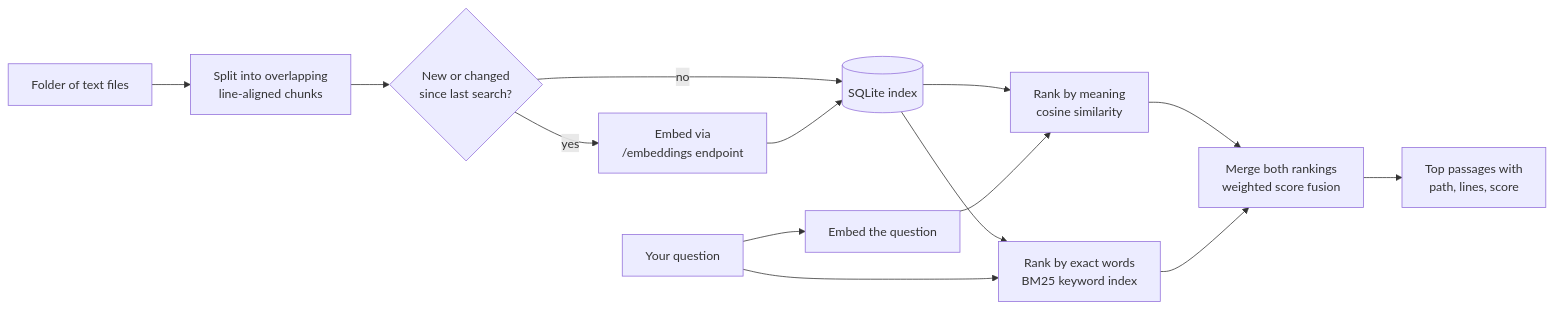
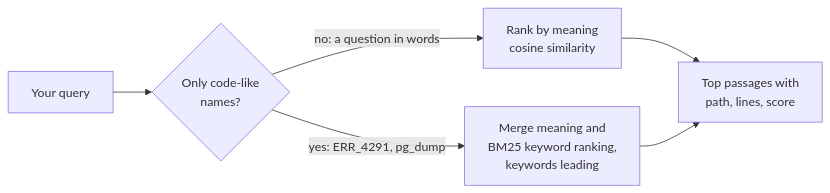
Before and after one commit to Shizoqua/hermes-scout: the diagram in docs/how-it-works.md, drawn with Mermaid. The commit also changed other lines of this file and 30 other files, not shown here.

````diff
--- a/docs/how-it-works.md
+++ b/docs/how-it-works.md
@@ -3,16 +5,8 @@
 ```mermaid
 flowchart LR
-    A[Folder of text files] --> B[Split into overlapping<br/>line-aligned chunks]
-    B --> C{New or changed<br/>since last search?}
-    C -- yes --> D[Embed via<br/>/embeddings endpoint]
-    C -- no --> E[(SQLite index)]
-    D --> E
-    Q[Your question] --> F[Embed the question]
-    E --> G[Rank by meaning<br/>cosine similarity]
-    E --> K[Rank by exact words<br/>BM25 keyword index]
-    F --> G
-    Q --> K
-    G --> M[Merge both rankings<br/>weighted score fusion]
-    K --> M
-    M --> R[Top passages with<br/>path, lines, score]
+    Q[Your query] --> T{Only code-like<br/>names?}
+    T -- no: a question in words --> G[Rank by meaning<br/>cosine similarity]
+    T -- yes: ERR_4291, pg_dump --> M[Merge meaning and<br/>BM25 keyword ranking,<br/>keywords leading]
+    G --> R[Top passages with<br/>path, lines, score]
+    M --> R
 ```
````
